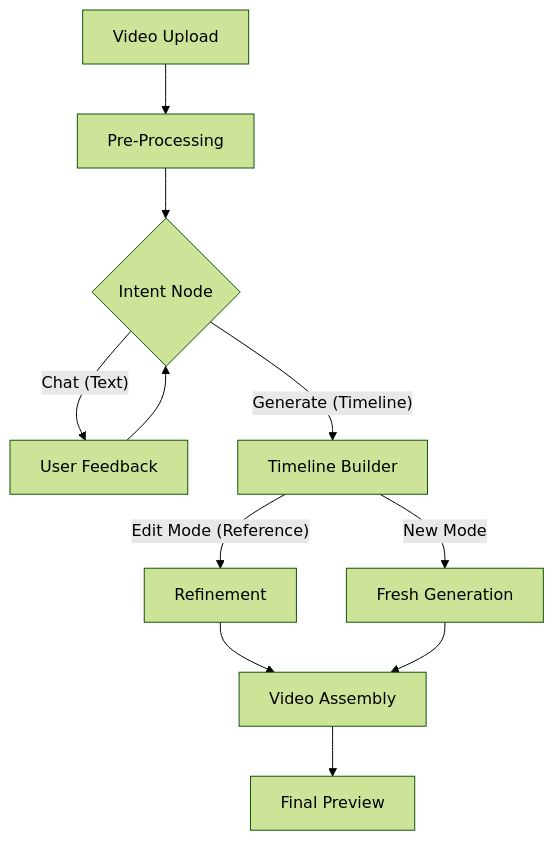
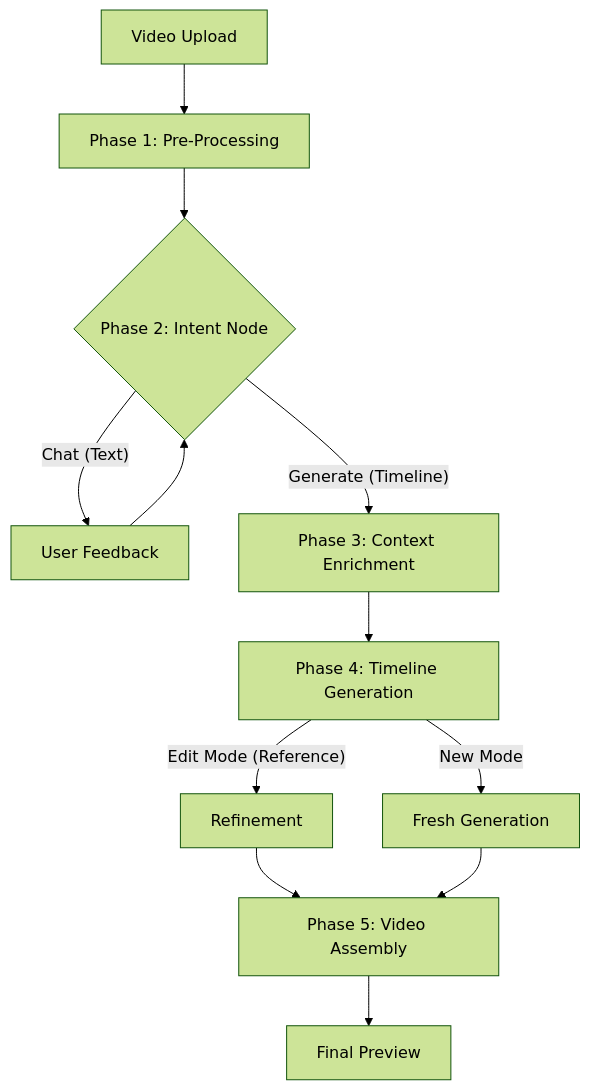
One commit to navidshad/vgtu-video-summarization changed the first of 6 diagrams in docs/architecture.md. Above: the diagram before and after it, drawn with Mermaid (forest theme). The commit also changed other lines of this file, not shown here.

Commit message:
docs: Introduce a new 'Context Enrichment' phase, renumber pipeline stages, and update detailed descriptions and diagrams for each phase.

````diff
--- a/docs/architecture.md
+++ b/docs/architecture.md
@@ -9,13 +9,14 @@
 ```mermaid
 graph TD
-    A[Video Upload] --> B[Pre-Processing]
-    B --> C{Intent Node}
+    A[Video Upload] --> B[Phase 1: Pre-Processing]
+    B --> C{Phase 2: Intent Node}
     C -- "Chat (Text)" --> D[User Feedback]
     D --> C
-    C -- "Generate (Timeline)" --> E[Timeline Builder]
-    E -- "Edit Mode (Reference)" --> F[Refinement]
-    E -- "New Mode" --> G[Fresh Generation]
-    F --> H[Video Assembly]
-    G --> H[Video Assembly]
-    H --> I[Final Preview]
+    C -- "Generate (Timeline)" --> E[Phase 3: Context Enrichment]
+    E --> F[Phase 4: Timeline Generation]
+    F -- "Edit Mode (Reference)" --> G[Refinement]
+    F -- "New Mode" --> H[Fresh Generation]
+    G --> I[Phase 5: Video Assembly]
+    H --> I[Phase 5: Video Assembly]
+    I --> J[Final Preview]
 ```
````
